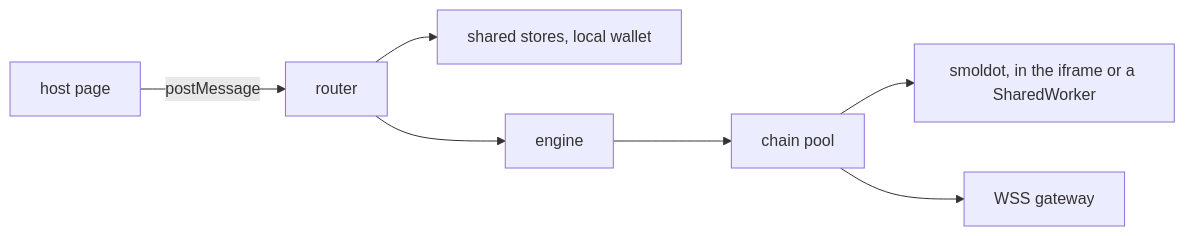
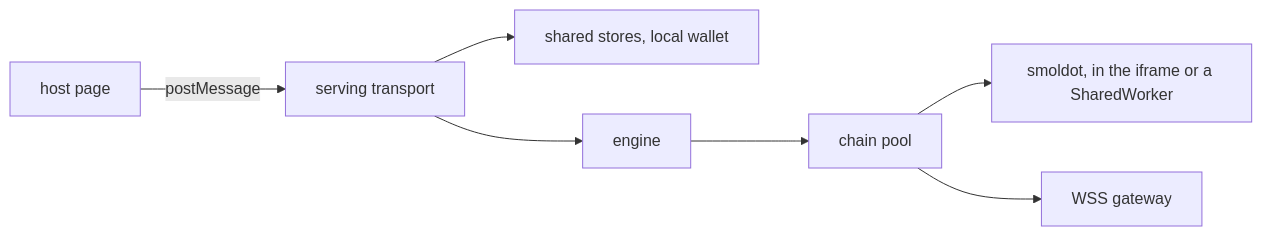
One commit to paritytech/dotli-community changed the diagram in apps/protocol/README.md. Above: the diagram before and after it, drawn with Mermaid. The commit also changed other lines of this file and 1 other file, not shown here.

Commit message:
docs(protocol): the wire is a typed transport over scale-ts

````diff
--- a/apps/protocol/README.md
+++ b/apps/protocol/README.md
@@ -36,8 +44,8 @@
 ```mermaid
 flowchart LR
-  host[host page] -- postMessage --> router
+  host[host page] -- postMessage --> router[serving transport]
   router --> stores["shared stores, local wallet"]
   router --> engine --> pool[chain pool]
   pool --> smoldot["smoldot, in the iframe or a SharedWorker"]
   pool --> gateway[WSS gateway]
 ```
````
